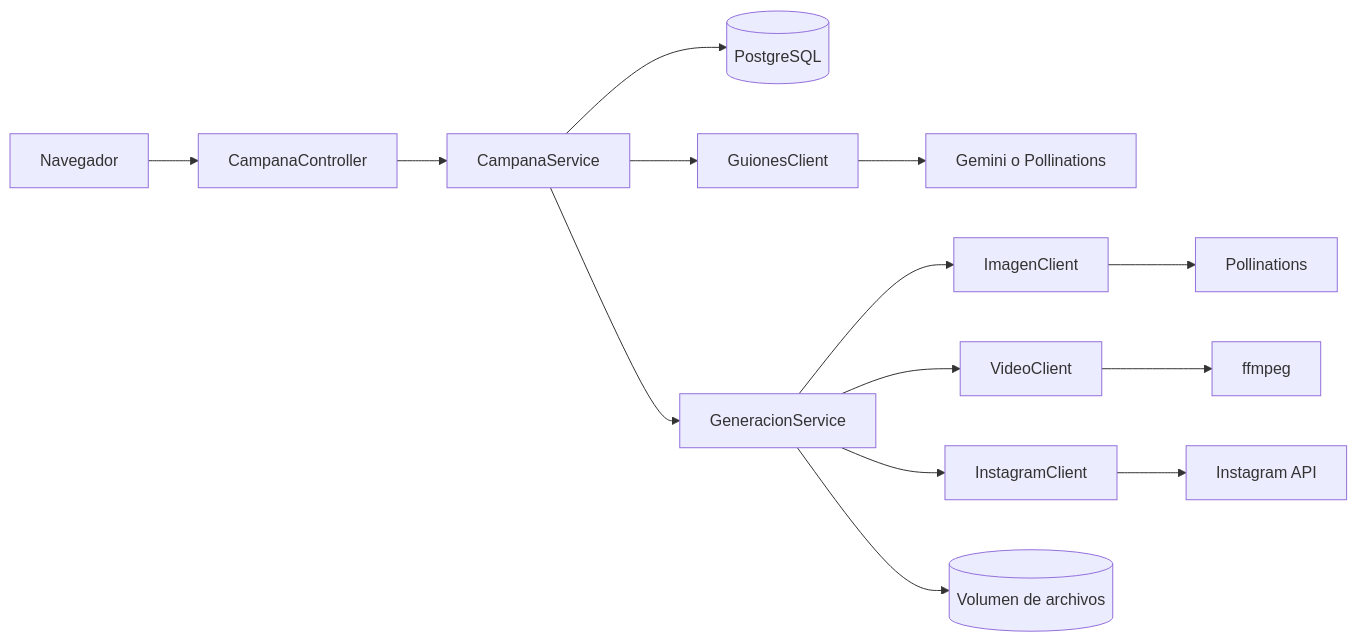
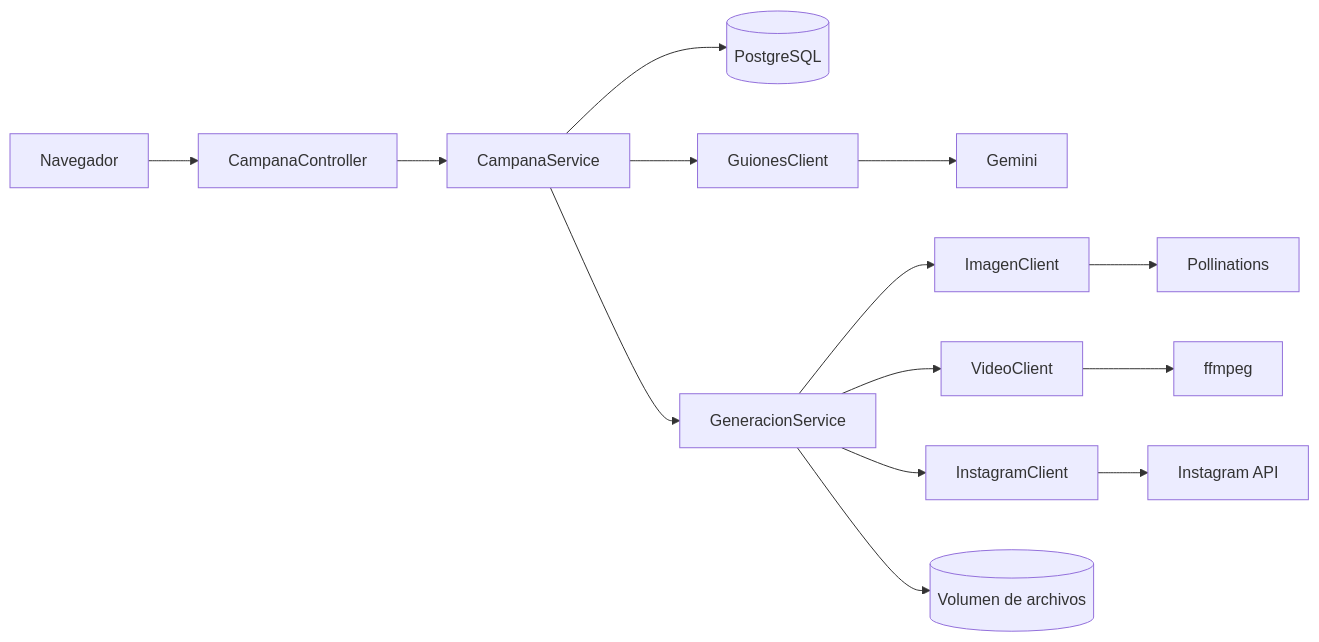
One commit to Raith726/DS-lab5 changed the second of 2 diagrams in README.md. Above: the diagram before and after it, drawn with Mermaid. The commit also changed other lines of this file and 29 other files, not shown here.

````diff
--- a/README.md
+++ b/README.md
@@ -57,12 +57,12 @@
 ```mermaid
 flowchart LR
     U[Navegador] --> C[CampanaController]
     C --> S[CampanaService]
     S --> DB[(PostgreSQL)]
-    S --> G[GuionesClient] --> IA[Gemini o Pollinations]
+    S --> G[GuionesClient] --> IA[Gemini]
     S --> A[GeneracionService]
     A --> I[ImagenClient] --> P[Pollinations]
     A --> F[VideoClient] --> M[ffmpeg]
     A --> IG[InstagramClient] --> API[Instagram API]
     A --> V[(Volumen de archivos)]
 ```
````
